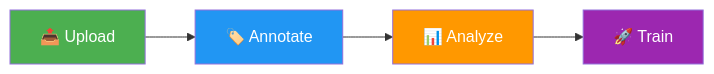
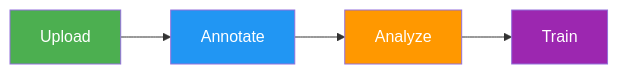
The diagram in docs/en/platform/data/index.md (medusa717/AI-ULTRALYTICS), drawn with Mermaid before and after one commit. The commit also changed other lines of this file and 20 other files, not shown here.

````diff
--- a/docs/en/platform/data/index.md
+++ b/docs/en/platform/data/index.md
@@ -24,11 +24,11 @@
 ```mermaid
 graph LR
-    A[📤 Upload] --> B[🏷️ Annotate]
-    B --> C[📊 Analyze]
-    C --> D[🚀 Train]
+    A[Upload] --> B[Annotate]
+    B --> C[Analyze]
+    C --> D[Train]
 
     style A fill:#4CAF50,color:#fff
     style B fill:#2196F3,color:#fff
     style C fill:#FF9800,color:#fff
     style D fill:#9C27B0,color:#fff
 ```
````
